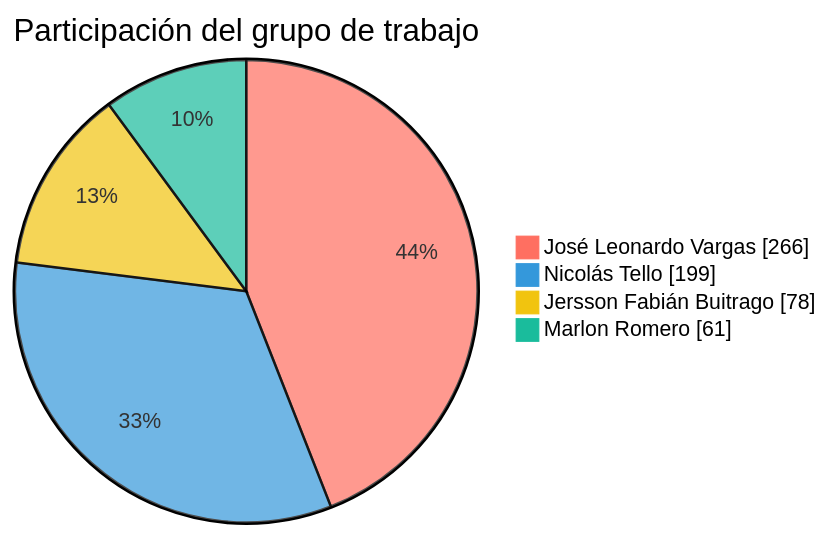
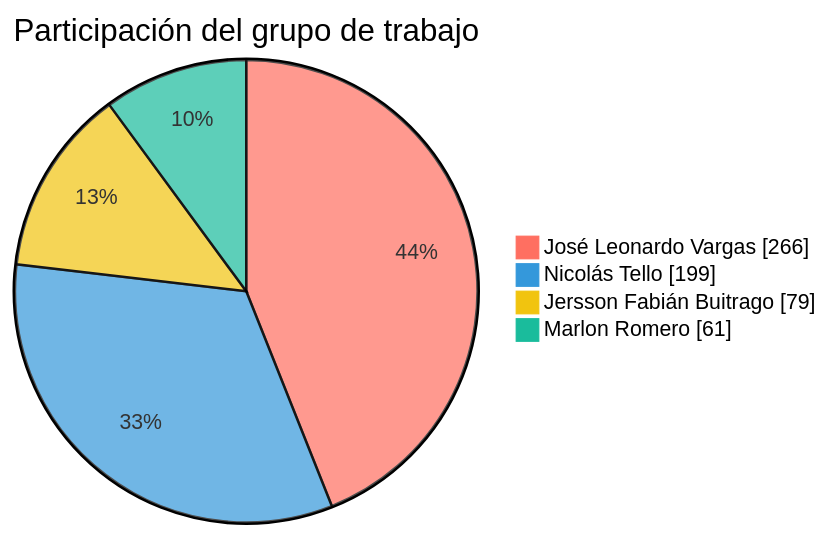
The first of 2 diagrams in README.md (FarmaExpres/FarmaExpres), drawn with Mermaid before and after one commit. The commit also changed other lines of this file and 1 other file, not shown here.

````diff
--- a/README.md
+++ b/README.md
@@ -389,9 +389,9 @@
 ```mermaid
 %%{init: {"themeVariables": {"pie1": "#ff6f61", "pie2": "#3498db", "pie3": "#f1c40f", "pie4": "#1abc9c", "pieLabelColor": "#000000", "pieLabelFontSize": "24px", "pieLabelFontWeight": "700"}}}%%
 pie showData
     title Participación del grupo de trabajo
     "José Leonardo Vargas" : 266
     "Nicolás Tello" : 199
-    "Jersson Fabián Buitrago" : 78
+    "Jersson Fabián Buitrago" : 79
     "Marlon Romero" : 61
 ```
````
